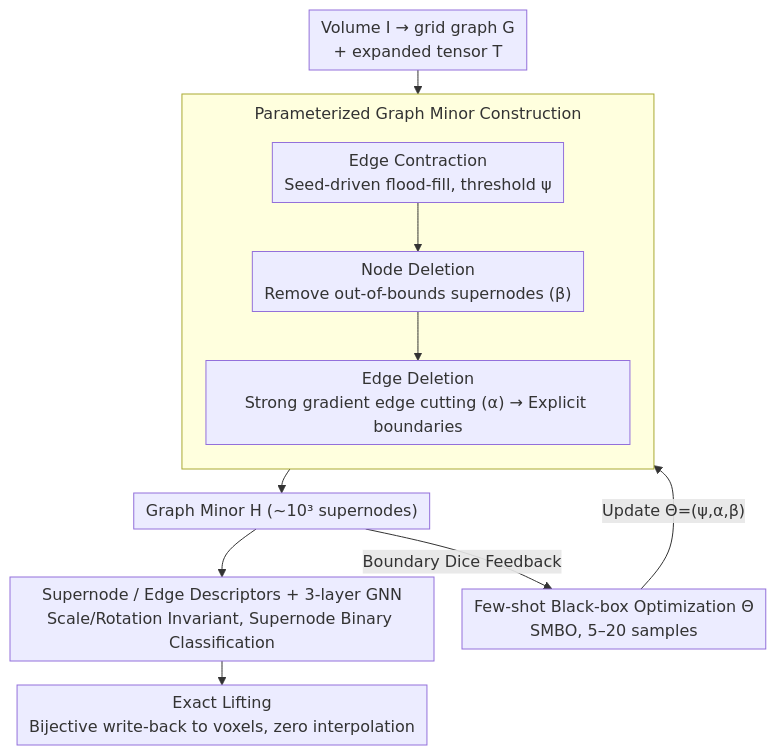
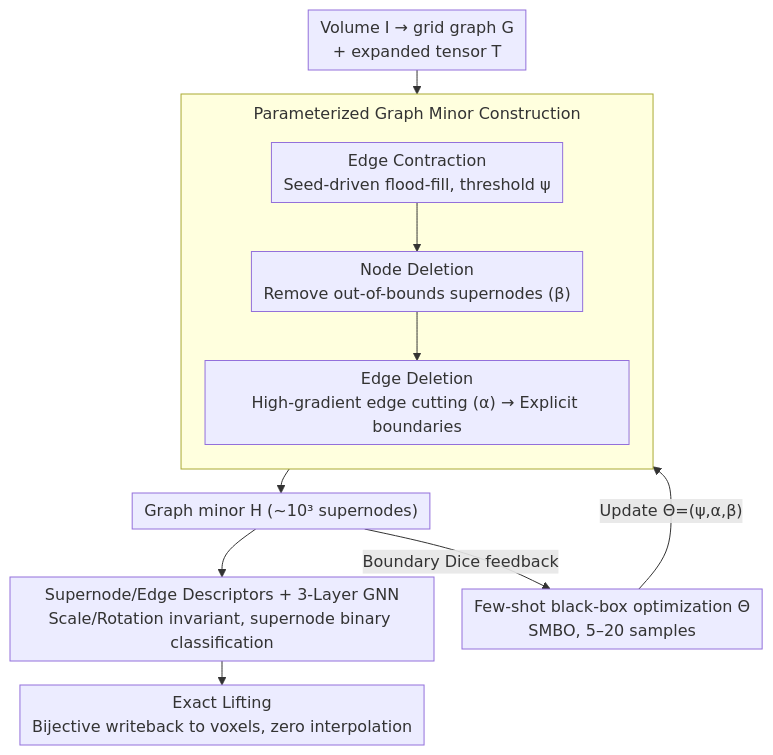
Before and after one commit to zhaoyang97/Paper-Notes-en: the diagram in docs/ICML2026/medical_imaging/semir_semantic_minor-induced_representation_learning_on_graphs_for_visual_segmen.md, drawn with Mermaid. The commit also changed other lines of this file and 5084 other files, not shown here.

````diff
--- a/docs/ICML2026/medical_imaging/semir_semantic_minor-induced_representation_learning_on_graphs_for_visual_segmen.md
+++ b/docs/ICML2026/medical_imaging/semir_semantic_minor-induced_representation_learning_on_graphs_for_visual_segmen.md
@@ -42,15 +42,15 @@
 ```mermaid
 %%{init: {'flowchart': {'rankSpacing': 24, 'nodeSpacing': 28, 'padding': 6, 'wrappingWidth': 400, 'subGraphTitleMargin': {'top': 8, 'bottom': 16}}}}%%
 flowchart TD
     A["Volume I → grid graph G<br/>+ expanded tensor T"] --> MINOR
     subgraph MINOR["Parameterized Graph Minor Construction"]
         direction TB
         B["Edge Contraction<br/>Seed-driven flood-fill, threshold ψ"] --> C["Node Deletion<br/>Remove out-of-bounds supernodes (β)"]
-        C --> D["Edge Deletion<br/>Strong gradient edge cutting (α) → Explicit boundaries"]
+        C --> D["Edge Deletion<br/>High-gradient edge cutting (α) → Explicit boundaries"]
     end
-    MINOR --> E["Graph Minor H (~10³ supernodes)"]
-    E --> F["Supernode / Edge Descriptors + 3-layer GNN<br/>Scale/Rotation Invariant, Supernode Binary Classification"]
-    F --> G["Exact Lifting<br/>Bijective write-back to voxels, zero interpolation"]
-    E -->|Boundary Dice Feedback| OPT["Few-shot Black-box Optimization Θ<br/>SMBO, 5–20 samples"]
+    MINOR --> E["Graph minor H (~10³ supernodes)"]
+    E --> F["Supernode/Edge Descriptors + 3-Layer GNN<br/>Scale/Rotation invariant, supernode binary classification"]
+    F --> G["Exact Lifting<br/>Bijective writeback to voxels, zero interpolation"]
+    E -->|Boundary Dice feedback| OPT["Few-shot black-box optimization Θ<br/>SMBO, 5–20 samples"]
     OPT -->|"Update Θ=(ψ,α,β)"| MINOR
 ```
````
